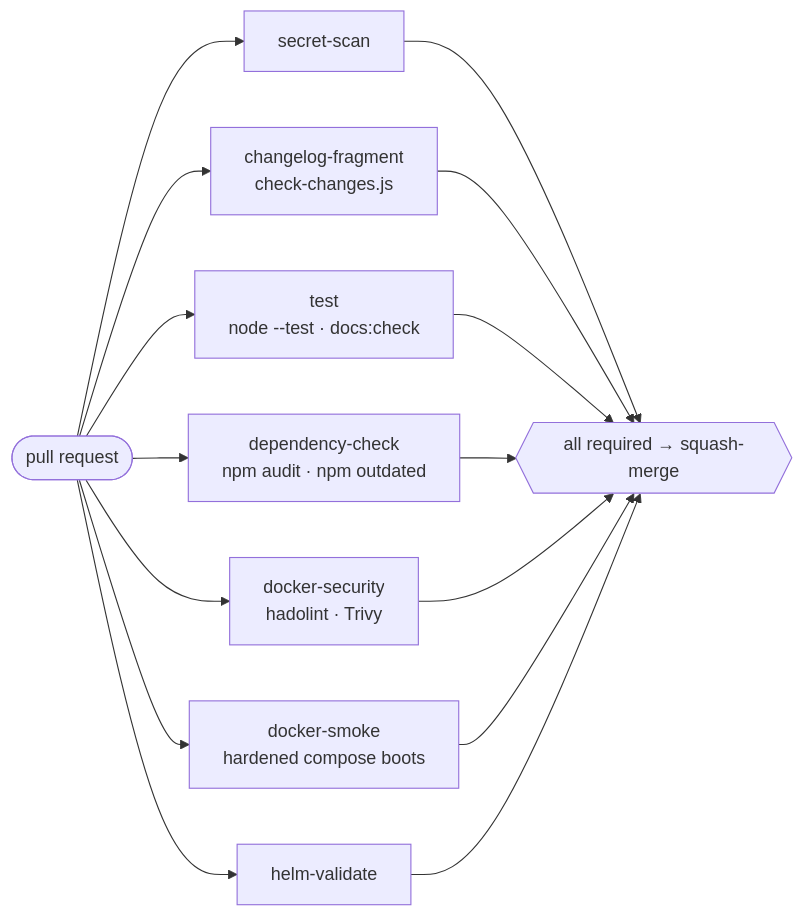
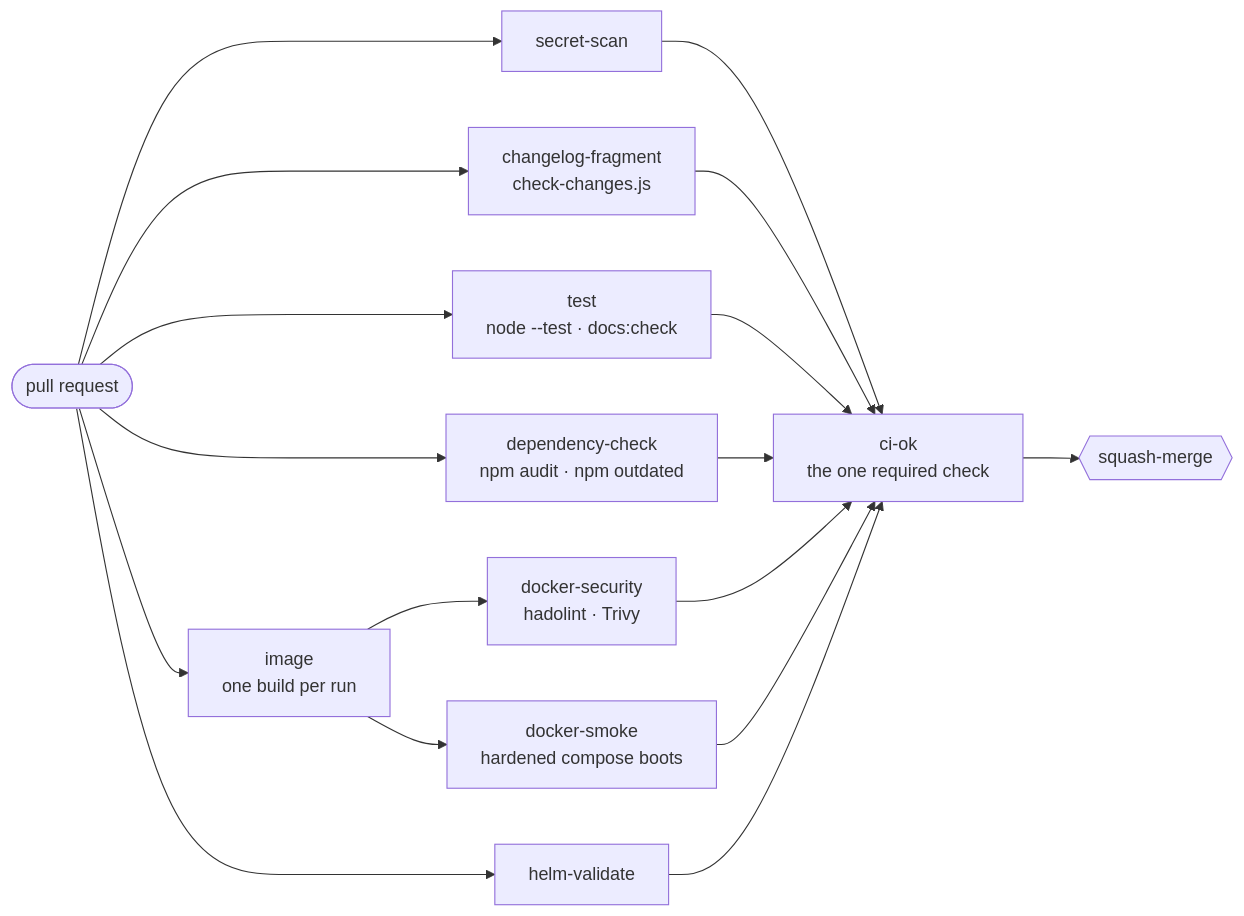
Before and after one commit to floriandeutsch89/pikdame-local: the second of 2 diagrams in docs/developer/contributing.md, drawn with Mermaid. The commit also changed other lines of this file and 9 other files, not shown here.

First line of the commit message:
ci: build the image once, native arm64, one required check, provenance, beta by label

````diff
--- a/docs/developer/contributing.md
+++ b/docs/developer/contributing.md
@@ -58,11 +58,13 @@
 ```mermaid
 flowchart LR
   PR([pull request]) --> S["secret-scan"]
   PR --> C["changelog-fragment<br/>check-changes.js"]
   PR --> T["test<br/>node --test · docs:check"]
   PR --> D["dependency-check<br/>npm audit · npm outdated"]
-  PR --> DS["docker-security<br/>hadolint · Trivy"]
-  PR --> DK["docker-smoke<br/>hardened compose boots"]
+  PR --> I["image<br/>one build per run"]
+  I --> DS["docker-security<br/>hadolint · Trivy"]
+  I --> DK["docker-smoke<br/>hardened compose boots"]
   PR --> H["helm-validate"]
-  S & C & T & D & DS & DK & H --> M{{"all required → squash-merge"}}
+  S & C & T & D & DS & DK & H --> OK["ci-ok<br/>the one required check"]
+  OK --> M{{"squash-merge"}}
 ```
````
